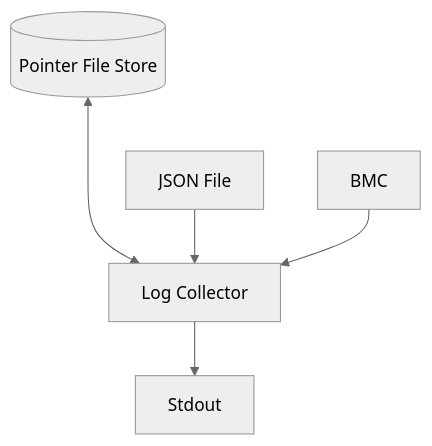
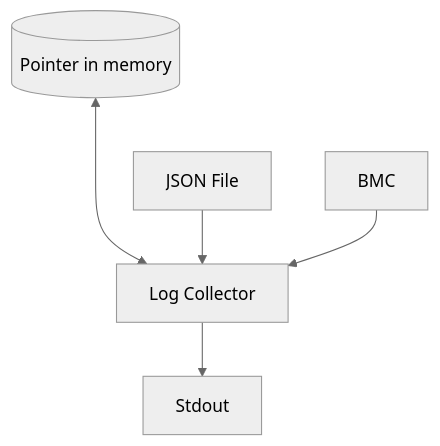
One commit to cybozu/neco-containers changed the diagram in bmc-log-collector/docs/design.md. Above: the diagram before and after it, drawn with Mermaid (neutral theme). The commit also changed other lines of this file and 12 other files, not shown here.

````diff
--- a/bmc-log-collector/docs/design.md
+++ b/bmc-log-collector/docs/design.md
@@ -19,7 +19,7 @@
 ```mermaid
 flowchart TB
-  PS[(Pointer File Store)] <---> LC
+  PS[(Pointer in memory)] <---> LC
   CF[JSON File]-->LC[Log Collector]
   BMC[BMC]-->LC
   LC-->LS[Stdout]
 ```
````
